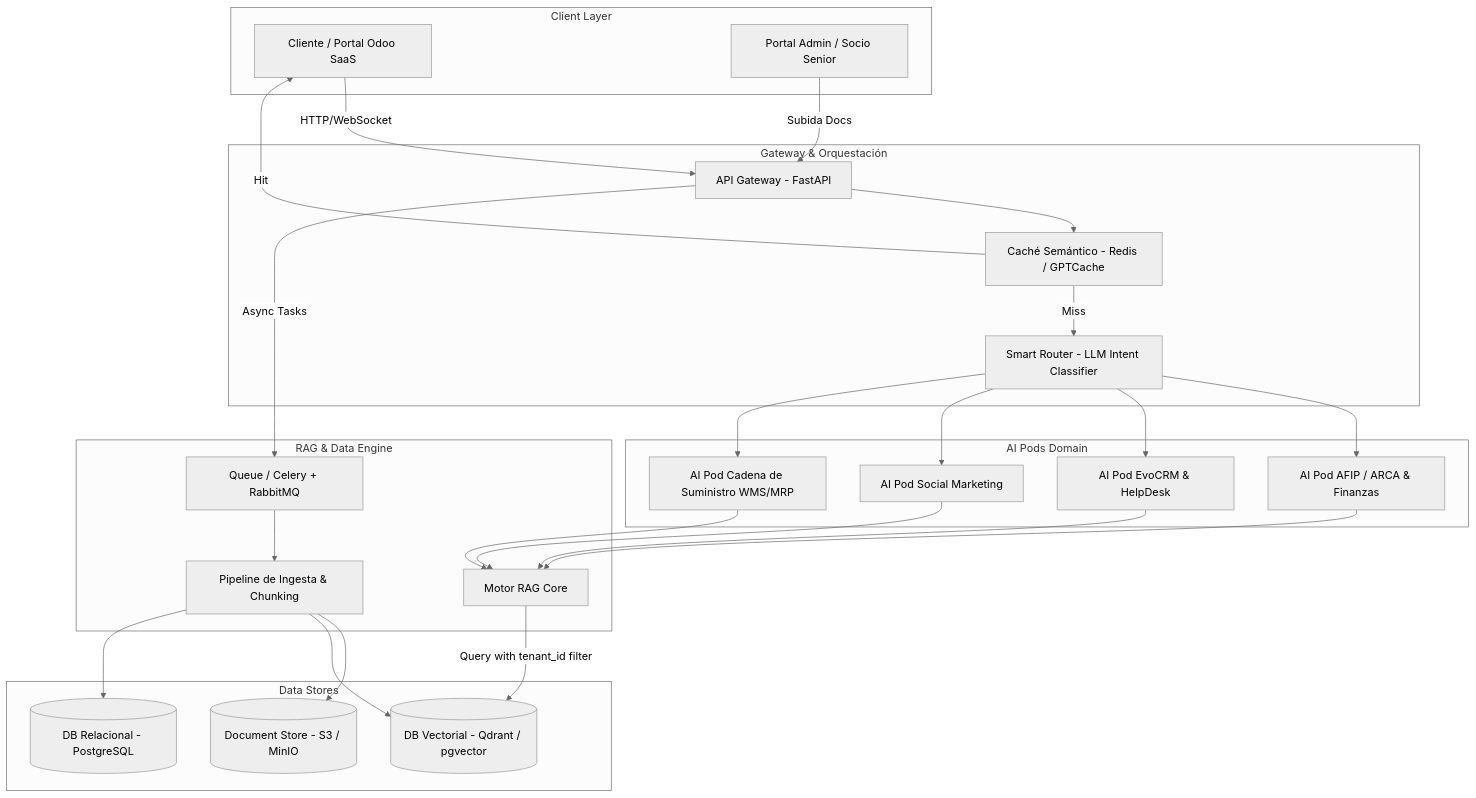
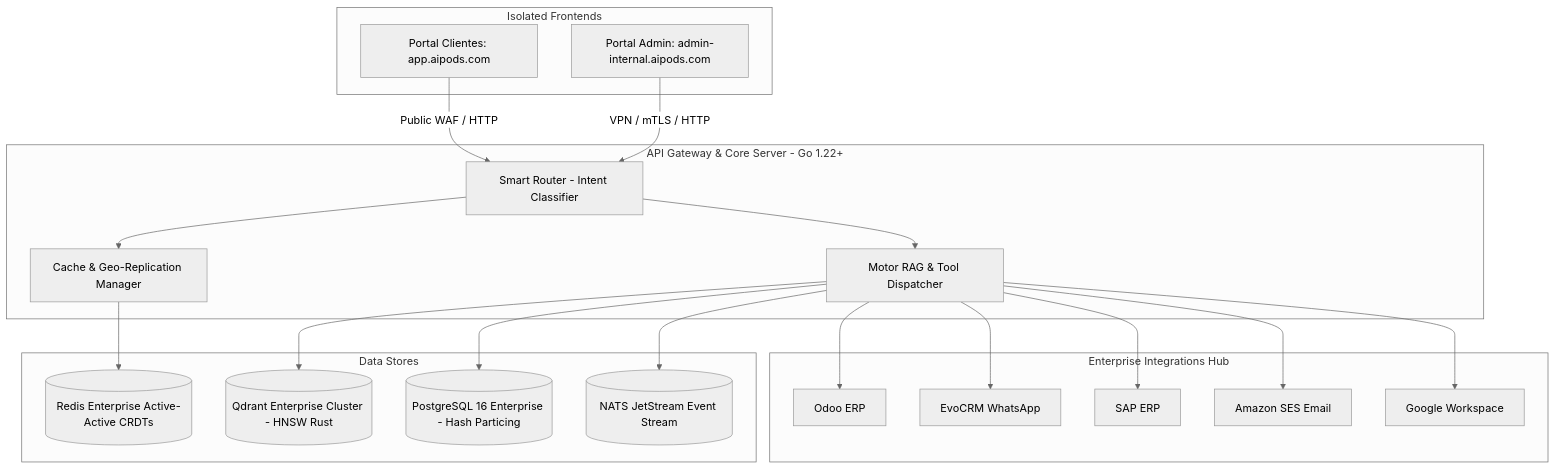
The diagram in docs/SDD.md (onlyone-ai-pods/aipods-core-engine), drawn with Mermaid (neutral theme) before and after one commit. The commit also changed other lines of this file and 2 other files, not shown here.

First line of the commit message:
[IMP] docs: finalize enterprise tech stack and multi-region architecture

````diff
--- a/docs/SDD.md
+++ b/docs/SDD.md
@@ -28,54 +25,45 @@
 ```mermaid
 graph TD
-    subgraph Client Layer
-        ClientApp[Cliente / Portal Odoo SaaS]
-        AdminApp[Portal Admin / Socio Senior]
+    subgraph Isolated Frontends
+        ClientApp[Portal Clientes: app.aipods.com]
+        AdminApp[Portal Admin: admin-internal.aipods.com]
     end
 
-    subgraph Gateway & Orquestación
-        API[API Gateway - FastAPI]
-        Cache[Caché Semántico - Redis / GPTCache]
-        Router[Smart Router - LLM Intent Classifier]
-    end
-
-    subgraph AI Pods Domain
-        PodAFIP[AI Pod AFIP / ARCA & Finanzas]
-        PodCRM[AI Pod EvoCRM & HelpDesk]
-        PodSocial[AI Pod Social Marketing]
-        PodSCM[AI Pod Cadena de Suministro WMS/MRP]
-    end
-
-    subgraph RAG & Data Engine
-        RAGEngine[Motor RAG Core]
-        IngestionPipeline[Pipeline de Ingesta & Chunking]
-        TaskQueue[Queue / Celery + RabbitMQ]
+    subgraph API Gateway & Core Server - Go 1.22+
+        Router[Smart Router - Intent Classifier]
+        CacheManager[Cache & Geo-Replication Manager]
+        RAGEngine[Motor RAG & Tool Dispatcher]
     end
 
     subgraph Data Stores
-        RelDB[(DB Relacional - PostgreSQL)]
-        VectorDB[(DB Vectorial - Qdrant / pgvector)]
-        DocStore[(Document Store - S3 / MinIO)]
+        RelDB[(PostgreSQL 16 Enterprise - Hash Particing)]
+        VectorDB[(Qdrant Enterprise Cluster - HNSW Rust)]
+        RedisCache[(Redis Enterprise Active-Active CRDTs)]
+        NATSQueue[(NATS JetStream Event Stream)]
     end
 
-    ClientApp -->|HTTP/WebSocket| API
-    AdminApp -->|Subida Docs| API
+    subgraph Enterprise Integrations Hub
+        Odoo[Odoo ERP]
+        EvoCRM[EvoCRM WhatsApp]
+        SAP[SAP ERP]
+        AmazonSES[Amazon SES Email]
+        GoogleWorkspace[Google Workspace]
+    end
 
-    API --> Cache
-    Cache -- Miss --> Router
-    Cache -- Hit --> ClientApp
+    ClientApp -->|Public WAF / HTTP| Router
+    AdminApp -->|VPN / mTLS / HTTP| Router
 
-    Router --> PodAFIP
-    Router --> PodCRM
-    Router --> PodSocial
-    Router --> PodSCM
+    Router --> CacheManager
+    CacheManager --> RedisCache
 
-    PodAFIP & PodCRM & PodSocial & PodSCM --> RAGEngine
+    Router --> RAGEngine
+    RAGEngine --> VectorDB
+    RAGEngine --> RelDB
+    RAGEngine --> NATSQueue
 
-    RAGEngine -->|Query with tenant_id filter| VectorDB
-    API -->|Async Tasks| TaskQueue
-    TaskQueue --> IngestionPipeline
-
-    IngestionPipeline --> DocStore
-    IngestionPipeline --> VectorDB
-    IngestionPipeline --> RelDB
+    RAGEngine --> Odoo
+    RAGEngine --> EvoCRM
+    RAGEngine --> SAP
+    RAGEngine --> AmazonSES
+    RAGEngine --> GoogleWorkspace
 ```
````
